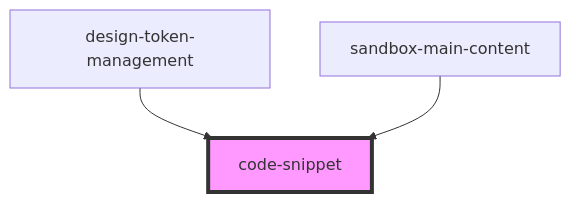
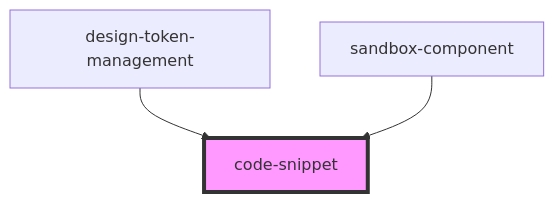
Before and after one commit to WeissCenter/uswds-sandbox: the diagram in packages/weiss-sandbox/src/components/code-snippet/readme.md, drawn with Mermaid. The commit also changed other lines of this file and 9 other files, not shown here.

````diff
--- a/packages/weiss-sandbox/src/components/code-snippet/readme.md
+++ b/packages/weiss-sandbox/src/components/code-snippet/readme.md
@@ -32,6 +33,6 @@
 ```mermaid
 graph TD;
   design-token-management --> code-snippet
-  sandbox-main-content --> code-snippet
+  sandbox-component --> code-snippet
   style code-snippet fill:#f9f,stroke:#333,stroke-width:4px
 ```
````
